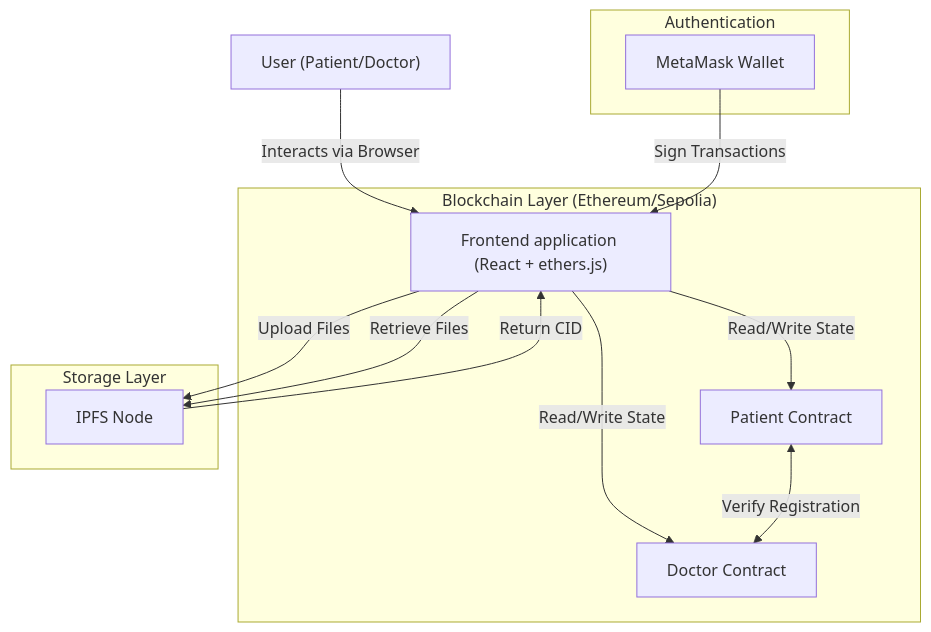
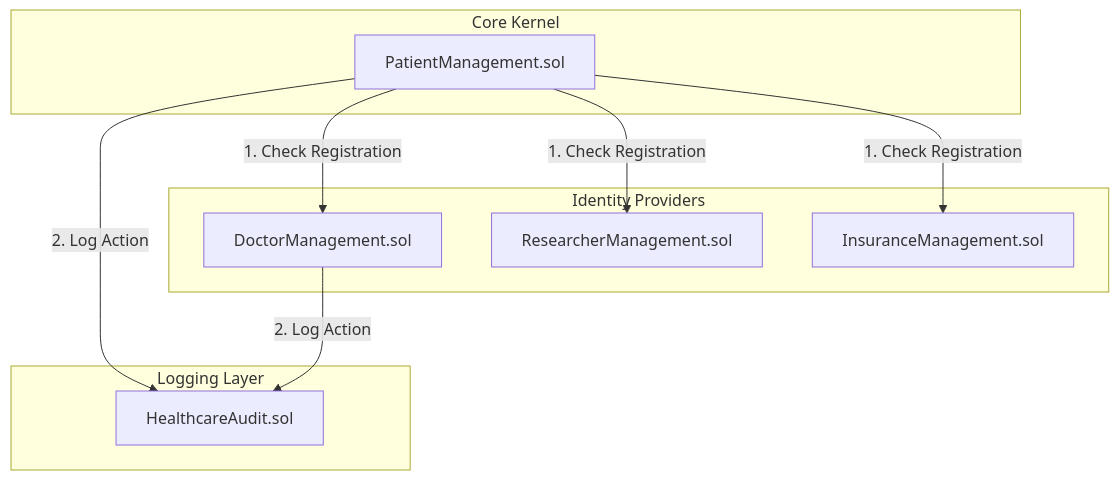
The first of 4 diagrams in SYSTEM_DESIGN.md (vaibhav-rm/MedBlock), drawn with Mermaid before and after one commit. The commit also changed other lines of this file and 115 other files, not shown here.

````diff
--- a/SYSTEM_DESIGN.md
+++ b/SYSTEM_DESIGN.md
@@ -16,20 +40,22 @@
 ```mermaid
 graph TD
-    User["User (Patient/Doctor)"] -->|Interacts via Browser| FE["Frontend application (React + ethers.js)"]
-    
-    subgraph "Blockchain Layer (Ethereum/Sepolia)"
-        FE -->|Read/Write State| PC[Patient Contract]
-        FE -->|Read/Write State| DC[Doctor Contract]
-        PC <-->|Verify Registration| DC
+    subgraph "Core Kernel"
+        PM[PatientManagement.sol]
     end
-    
-    subgraph "Storage Layer"
-        FE -->|Upload Files| IPFS[IPFS Node]
-        FE -->|Retrieve Files| IPFS
-        IPFS -->|Return CID| FE
+
+    subgraph "Identity Providers"
+        DM[DoctorManagement.sol]
+        RM[ResearcherManagement.sol]
+        IM[InsuranceManagement.sol]
     end
-    
-    subgraph "Authentication"
-        MetaMask[MetaMask Wallet] -->|Sign Transactions| FE
+
+    subgraph "Logging Layer"
+        Audit[HealthcareAudit.sol]
     end
+
+    PM -->|1. Check Registration| DM
+    PM -->|1. Check Registration| RM
+    PM -->|1. Check Registration| IM
+    PM -->|2. Log Action| Audit
+    DM -->|2. Log Action| Audit
 ```
````
